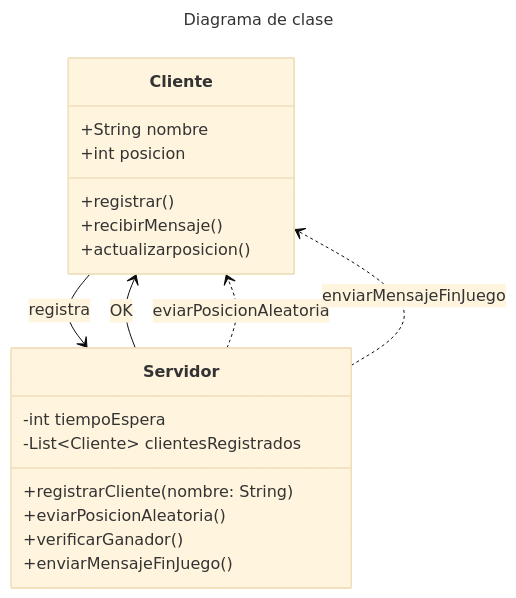
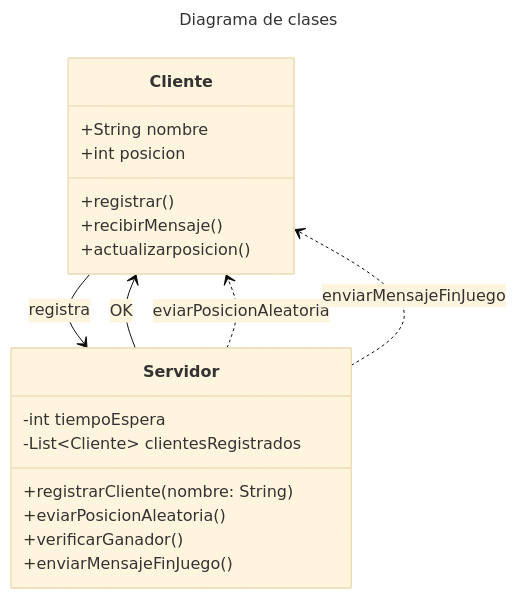
The second of 2 diagrams in README.md (NivaSaurio/carrera-caballos), drawn with Mermaid (base theme) before and after one commit. The commit also changed other lines of this file and 5 other files, not shown here.

````diff
--- a/README.md
+++ b/README.md
@@ -26,28 +28,28 @@
 ```mermaid
 ---
-title: Diagrama de clase
+title: Diagrama de clases
 ---
 
 classDiagram
     class Cliente {
         +String nombre
         +int posicion
         +registrar()
         +recibirMensaje()
         +actualizarposicion()
     }
     
     class Servidor {
         -int tiempoEspera
         -List~Cliente~ clientesRegistrados
         +registrarCliente(nombre: String)
         +eviarPosicionAleatoria()
         +verificarGanador()
         +enviarMensajeFinJuego()
     }
 
     Cliente --> Servidor : registra
     Servidor --> Cliente : OK
     Servidor ..> Cliente : eviarPosicionAleatoria
     Servidor ..> Cliente : enviarMensajeFinJuego
 ```
````
